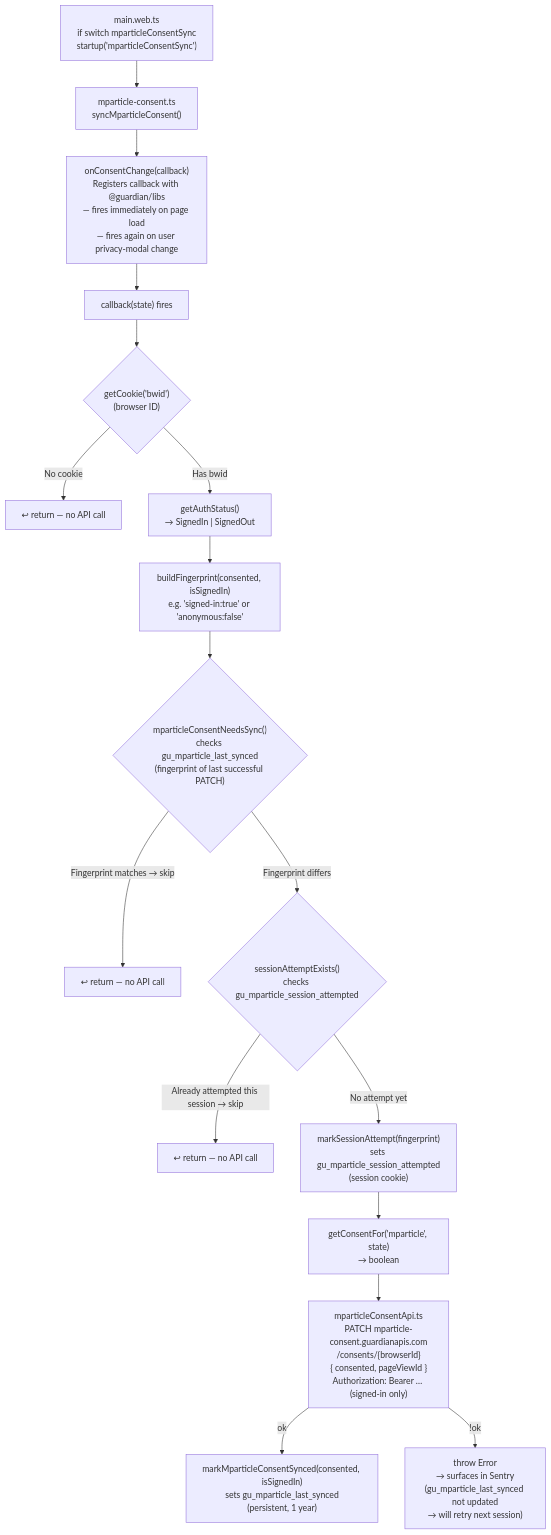
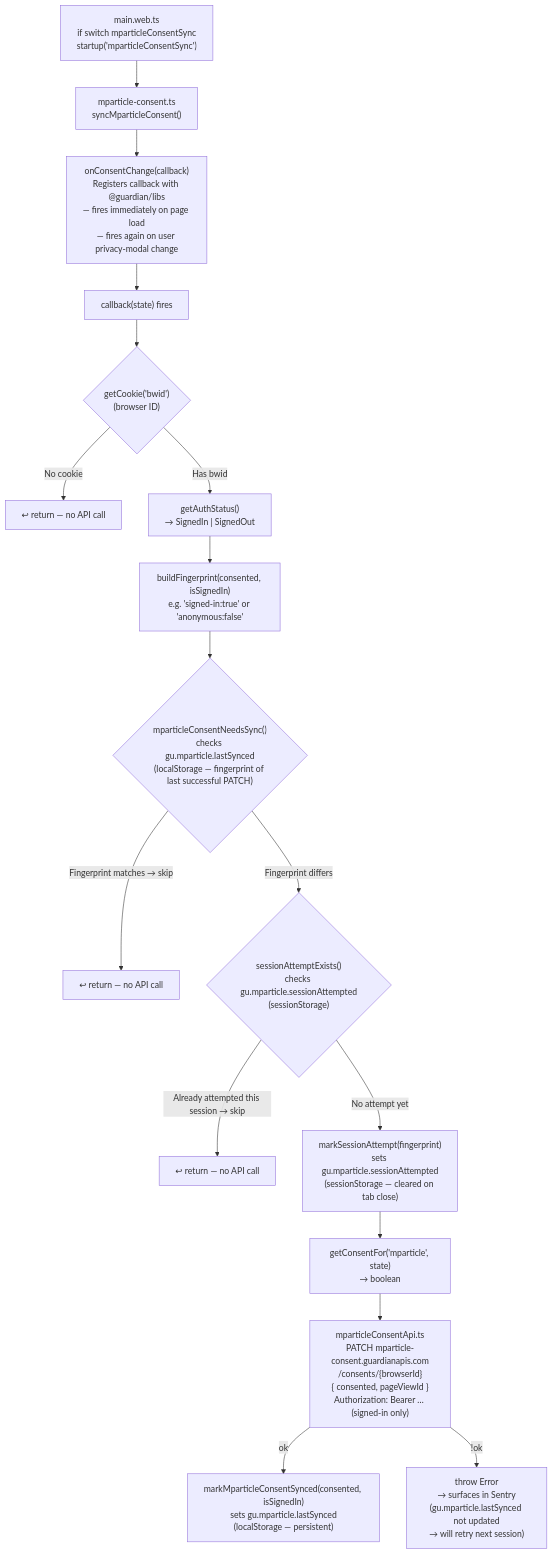
Before and after one commit to guardian/dotcom-rendering: the fourth of 6 diagrams in dotcom-rendering/docs/mparticle-paid-media-integration.md, drawn with Mermaid. The commit also changed other lines of this file and 2 other files, not shown here.

Commit message:
Refactor mParticle consent handling: switch from cookies to localStorage/sessionStorage for fingerprint management

````diff
--- a/dotcom-rendering/docs/mparticle-paid-media-integration.md
+++ b/dotcom-rendering/docs/mparticle-paid-media-integration.md
@@ -95,28 +95,28 @@
 ```mermaid
 flowchart TD
     MW["main.web.ts\nif switch mparticleConsentSync\nstartup('mparticleConsentSync')"] --> SYNC["mparticle-consent.ts\nsyncMparticleConsent()"]
 
     SYNC --> REG["onConsentChange(callback)\nRegisters callback with @guardian/libs\n— fires immediately on page load\n— fires again on user privacy-modal change"]
 
     REG --> CB["callback(state) fires"]
 
     CB --> BWID{"getCookie('bwid')\n(browser ID)"}
     BWID -- "No cookie" --> NOOP["↩ return — no API call"]
     BWID -- "Has bwid" --> AUTH["getAuthStatus()\n→ SignedIn | SignedOut"]
 
     AUTH --> FP["buildFingerprint(consented, isSignedIn)\ne.g. 'signed-in:true' or 'anonymous:false'"]
 
-    FP --> STALE{"mparticleConsentNeedsSync()\nchecks gu_mparticle_last_synced\n(fingerprint of last successful PATCH)"}
+    FP --> STALE{"mparticleConsentNeedsSync()\nchecks gu.mparticle.lastSynced\n(localStorage — fingerprint of last successful PATCH)"}
     STALE -- "Fingerprint matches → skip" --> NOOP2["↩ return — no API call"]
-    STALE -- "Fingerprint differs" --> SESSION{"sessionAttemptExists()\nchecks gu_mparticle_session_attempted"}
+    STALE -- "Fingerprint differs" --> SESSION{"sessionAttemptExists()\nchecks gu.mparticle.sessionAttempted\n(sessionStorage)"}
 
     SESSION -- "Already attempted this session → skip" --> NOOP3["↩ return — no API call"]
-    SESSION -- "No attempt yet" --> MARK_ATTEMPT["markSessionAttempt(fingerprint)\nsets gu_mparticle_session_attempted\n(session cookie)"]
+    SESSION -- "No attempt yet" --> MARK_ATTEMPT["markSessionAttempt(fingerprint)\nsets gu.mparticle.sessionAttempted\n(sessionStorage — cleared on tab close)"]
 
     MARK_ATTEMPT --> CONSENT["getConsentFor('mparticle', state)\n→ boolean"]
 
     CONSENT --> API["mparticleConsentApi.ts\nPATCH mparticle-consent.guardianapis.com\n/consents/{browserId}\n{ consented, pageViewId }\nAuthorization: Bearer … (signed-in only)"]
 
-    API -- "ok" --> MARK["markMparticleConsentSynced(consented, isSignedIn)\nsets gu_mparticle_last_synced\n(persistent, 1 year)"]
-    API -- "!ok" --> ERR["throw Error\n→ surfaces in Sentry\n(gu_mparticle_last_synced not updated\n→ will retry next session)"]
+    API -- "ok" --> MARK["markMparticleConsentSynced(consented, isSignedIn)\nsets gu.mparticle.lastSynced\n(localStorage — persistent)"]
+    API -- "!ok" --> ERR["throw Error\n→ surfaces in Sentry\n(gu.mparticle.lastSynced not updated\n→ will retry next session)"]
 ```
````
